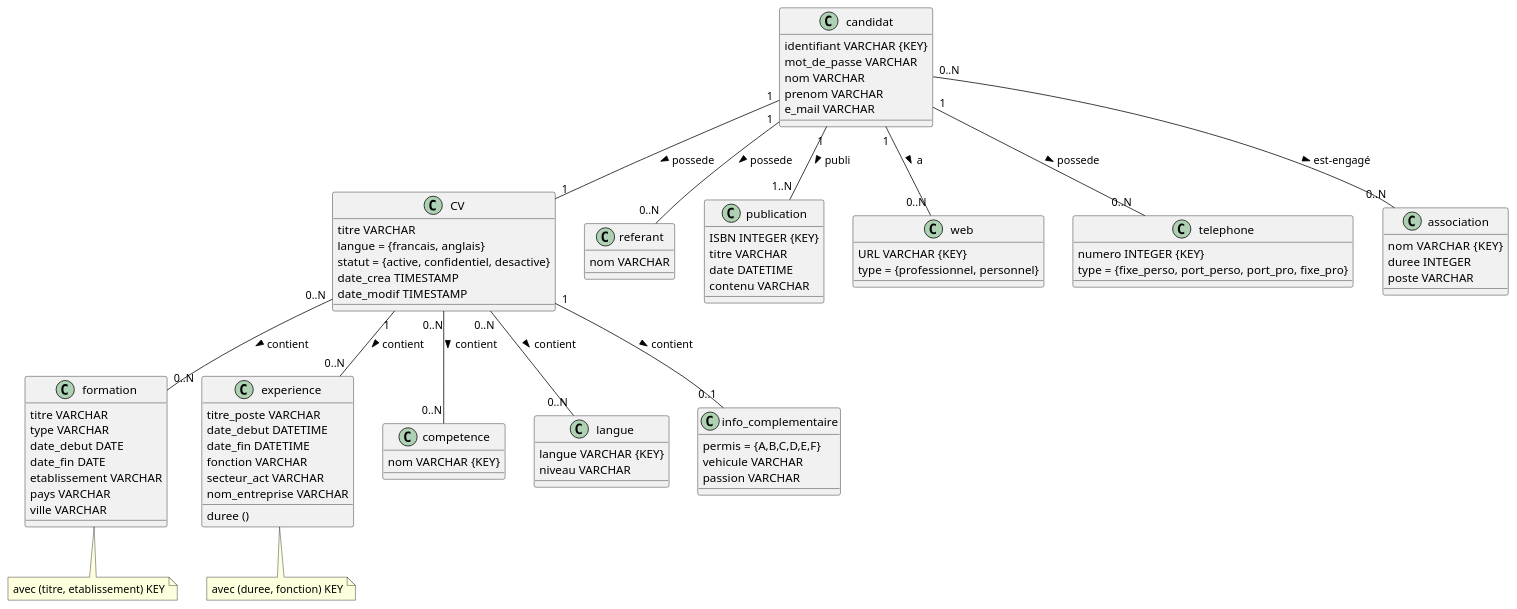
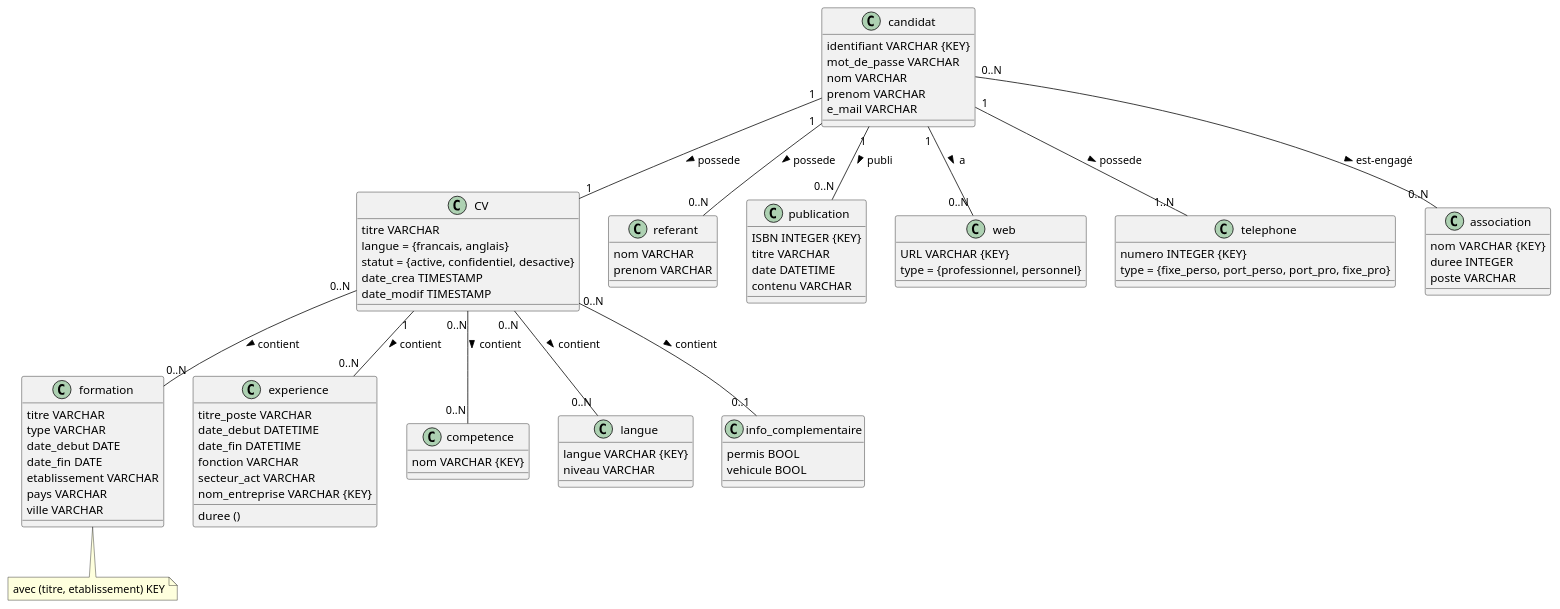
Before and after one commit to louisepght/database_CVtheque: the diagram in UML.plantUML, drawn with PlantUML.

```diff
--- a/UML.plantUML
+++ b/UML.plantUML
@@ -1,109 +1,107 @@
 @startuml
 
 CV "0..N" -- "0..N" formation : contient >
 
 CV "1" -- "0..N" experience : contient >
 
 CV "0..N" -- "0..N" competence : contient >
 
 CV "0..N" -- "0..N" langue : contient >
 
-CV "1" -- "0..1" info_complementaire : contient >
+CV "0..N" -- "0..1" info_complementaire : contient >
 
 candidat "1" -- "1" CV : possede >
 
 candidat "1"-- "0..N" referant : possede >
 
-candidat "1" -- "1..N" publication : publi >
+candidat "1" -- "0..N" publication : publi >
 
 candidat "1" -- "0..N" web : a > 
 
-candidat "1" -- "0..N" telephone : possede >
+candidat "1" -- "1..N" telephone : possede >
 
 candidat "0..N" -- "0..N" association : est-engagé >
 
 class CV {
   titre VARCHAR 
   langue = {francais, anglais}
   statut = {active, confidentiel, desactive}
   date_crea TIMESTAMP
   date_modif TIMESTAMP
 }
 
 class formation { 
   titre VARCHAR 
   type VARCHAR 
   date_debut DATE
   date_fin DATE
   etablissement VARCHAR 
   pays VARCHAR
   ville VARCHAR
 }
 class formation
 note bottom: avec (titre, etablissement) KEY
 
 class experience{
     titre_poste VARCHAR 
     date_debut DATETIME 
     date_fin DATETIME 
     fonction VARCHAR 
     secteur_act VARCHAR 
-    nom_entreprise VARCHAR 
+    nom_entreprise VARCHAR {KEY} 
     duree ()
 }
-class experience
-note bottom: avec (duree, fonction) KEY
 
 class competence{
     nom VARCHAR {KEY}
 }
 
 class langue{
     langue VARCHAR {KEY}
     niveau VARCHAR
 }
 
 class info_complementaire{
-    permis = {A,B,C,D,E,F}
-    vehicule VARCHAR 
-    passion VARCHAR
+    permis BOOL
+    vehicule BOOL
 }
 
 class candidat{
     identifiant VARCHAR {KEY}
     mot_de_passe VARCHAR 
     nom VARCHAR
     prenom VARCHAR
     e_mail VARCHAR
 }
 
 class referant{
     nom VARCHAR
+    prenom VARCHAR
 }
 
 class publication{
     ISBN INTEGER {KEY}
     titre VARCHAR 
     date DATETIME 
     contenu VARCHAR 
 }
 
 class web {
     URL VARCHAR {KEY}
     type = {professionnel, personnel}
 }
 
 class telephone {
     numero INTEGER {KEY}
     type = {fixe_perso, port_perso, port_pro, fixe_pro}
 }
 
 class association{
     nom VARCHAR  {KEY}
     duree INTEGER 
     poste VARCHAR
 }
 
 
 
 @enduml
```
